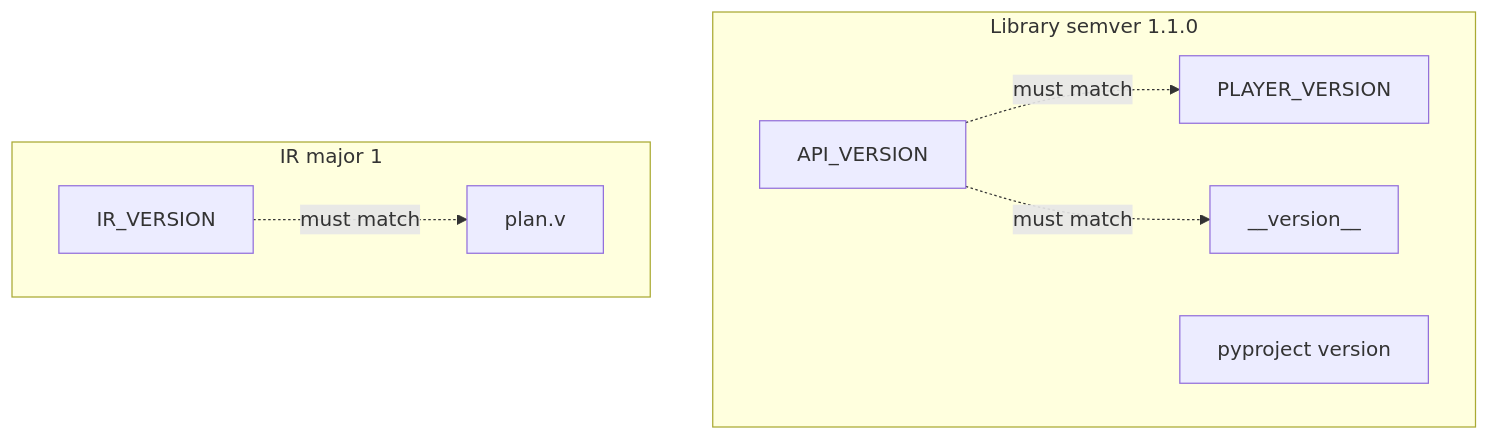
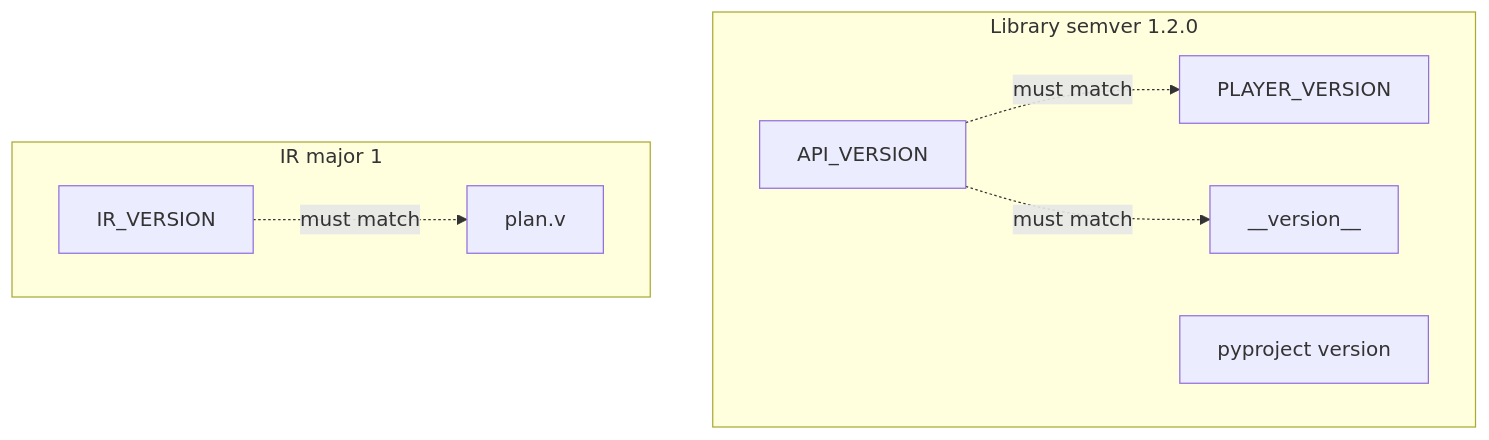
The diagram in docs/13-VERSIONING.md (bitplorer/ux-motion), drawn with Mermaid before and after one commit. The commit also changed other lines of this file and 16 other files, not shown here.

````diff
--- a/docs/13-VERSIONING.md
+++ b/docs/13-VERSIONING.md
@@ -15,16 +15,16 @@
 ```mermaid
 flowchart TB
-  subgraph Library["Library semver 1.1.0"]
+  subgraph Library["Library semver 1.2.0"]
     API["API_VERSION"]
     PY["__version__"]
     PL["PLAYER_VERSION"]
     PJ["pyproject version"]
   end
   subgraph Wire["IR major 1"]
     IR["IR_VERSION"]
     V["plan.v"]
   end
   API -.->|"must match"| PL
   API -.->|"must match"| PY
   IR -.->|"must match"| V
 ```
````
